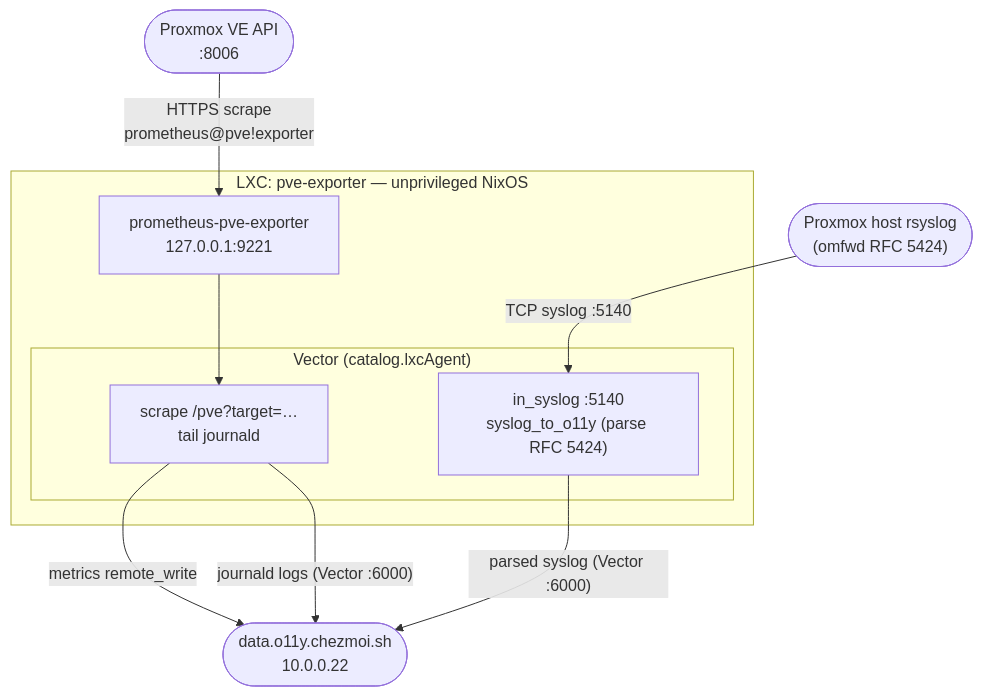
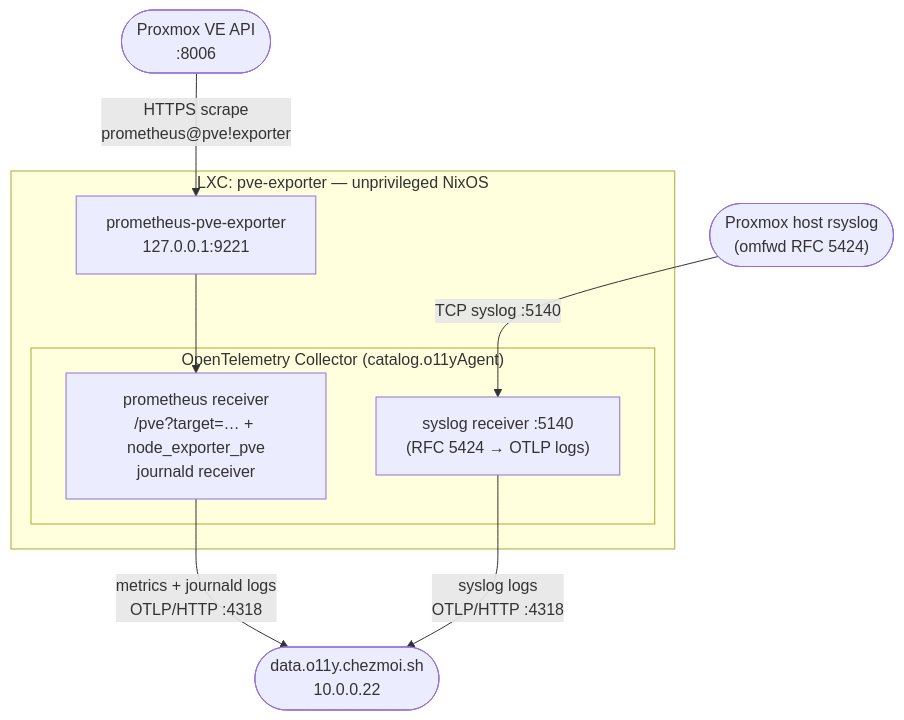
Before and after one commit to chezmoidotsh/arcane: the diagram in projects/chezmoi.sh/src/infrastructure/proxmox/lxc/pve-exporter/README.md, drawn with Mermaid. The commit also changed other lines of this file and 51 other files, not shown here.

First line of the commit message:
~[project:chezmoi.sh]: Move the Proxmox LXC to the o11y-agent

````diff
--- a/projects/chezmoi.sh/src/infrastructure/proxmox/lxc/pve-exporter/README.md
+++ b/projects/chezmoi.sh/src/infrastructure/proxmox/lxc/pve-exporter/README.md
@@ -33,21 +32,20 @@
 ```mermaid
 flowchart TB
     api(["Proxmox VE API<br/>:8006"])
     host(["Proxmox host rsyslog<br/>(omfwd RFC 5424)"])
     o11y(["data.o11y.chezmoi.sh<br/>10.0.0.22"])
 
     subgraph lxc["LXC: pve-exporter — unprivileged NixOS"]
         exp["prometheus-pve-exporter<br/>127.0.0.1:9221"]
-        subgraph vector["Vector (catalog.lxcAgent)"]
-            scrape["scrape /pve?target=&hellip;<br/>tail journald"]
-            syslog["in_syslog :5140<br/>syslog_to_o11y (parse RFC 5424)"]
+        subgraph otel["OpenTelemetry Collector (catalog.o11yAgent)"]
+            scrape["prometheus receiver<br/>/pve?target=&hellip; + node_exporter_pve<br/>journald receiver"]
+            syslog["syslog receiver :5140<br/>(RFC 5424 → OTLP logs)"]
         end
     end
 
     api -->|"HTTPS scrape<br/>prometheus@pve!exporter"| exp
     exp --> scrape
     host -->|"TCP syslog :5140"| syslog
-    scrape -->|"metrics remote_write"| o11y
-    scrape -->|"journald logs (Vector :6000)"| o11y
-    syslog -->|"parsed syslog (Vector :6000)"| o11y
+    scrape -->|"metrics + journald logs<br/>OTLP/HTTP :4318"| o11y
+    syslog -->|"syslog logs<br/>OTLP/HTTP :4318"| o11y
 ```
````
